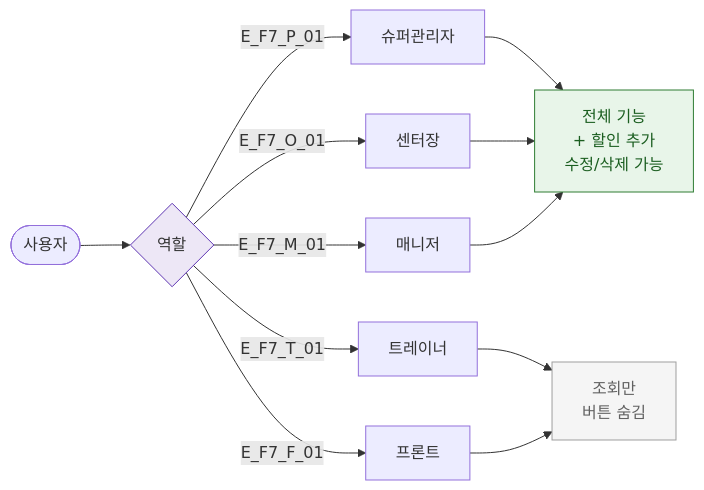
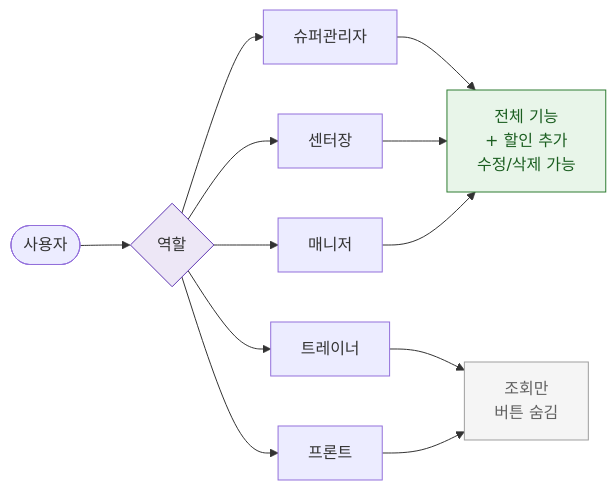
One commit to dev-spogym/admin-pando changed the diagram in docs/다이어그램/D05_상품관리/SCR-P004_할인설정/F7_권한RBAC.md. Above: the diagram before and after it, drawn with Mermaid. The commit also changed other lines of this file and 1660 other files, not shown here.

First line of the commit message:
다이어그램: 기획자/클라이언트 납품본으로 정리

````diff
--- a/docs/다이어그램/D05_상품관리/SCR-P004_할인설정/F7_권한RBAC.md
+++ b/docs/다이어그램/D05_상품관리/SCR-P004_할인설정/F7_권한RBAC.md
@@ -16,20 +14,20 @@
 ```mermaid
 flowchart LR
     USER([사용자]) --> RoleCheck{역할}
 
-    RoleCheck -->|E_F7_P_01| P[슈퍼관리자]
-    RoleCheck -->|E_F7_O_01| O[센터장]
-    RoleCheck -->|E_F7_M_01| M[매니저]
-    RoleCheck -->|E_F7_T_01| T[트레이너]
-    RoleCheck -->|E_F7_F_01| F[프론트]
+    RoleCheck --> P[슈퍼관리자]
+    RoleCheck --> O[센터장]
+    RoleCheck --> M[매니저]
+    RoleCheck --> T[트레이너]
+    RoleCheck --> F[프론트]
 
     P & O & M --> Full[전체 기능\n+ 할인 추가\n수정/삭제 가능]
     T & F --> ReadOnly[조회만\n버튼 숨김]
 
     classDef success fill:#E8F5E9,stroke:#2E7D32,color:#1B5E20
     classDef rbacBlocked fill:#F5F5F5,stroke:#9E9E9E,color:#616161
     classDef system fill:#EDE7F6,stroke:#5E35B2
     class Full success
     class ReadOnly rbacBlocked
     class RoleCheck system
 ```
````
